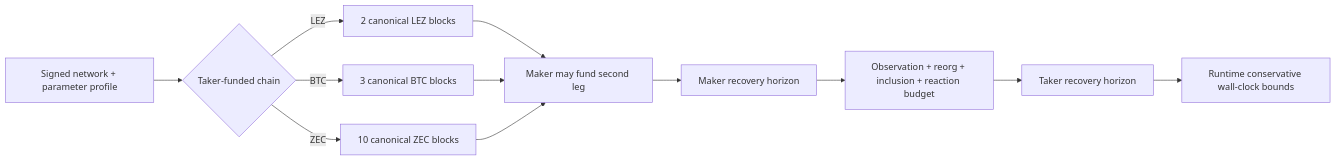
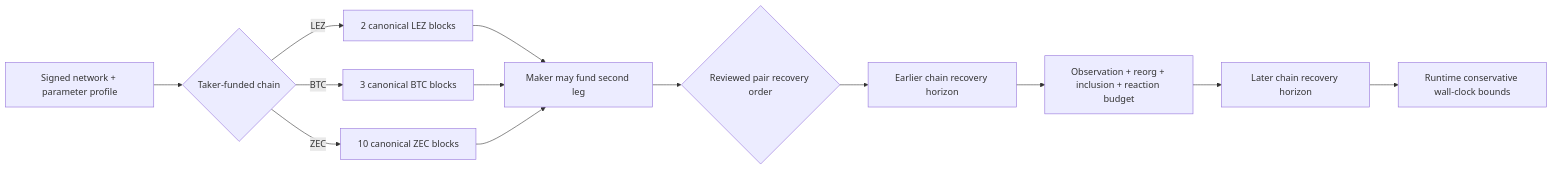
Before and after one commit to gateway-fm/lez-atomic-swaps: the diagram in docs/milestone-1/parameter-profiles.md, drawn with Mermaid. The commit also changed other lines of this file and 18 other files, not shown here.

````diff
--- a/docs/milestone-1/parameter-profiles.md
+++ b/docs/milestone-1/parameter-profiles.md
@@ -6,14 +6,15 @@
 ```mermaid
 flowchart LR
     Terms["Signed network + parameter profile"] --> First{"Taker-funded chain"}
     First -->|LEZ| L2["2 canonical LEZ blocks"]
     First -->|BTC| B3["3 canonical BTC blocks"]
     First -->|ZEC| Z10["10 canonical ZEC blocks"]
     L2 --> Maker["Maker may fund second leg"]
     B3 --> Maker
     Z10 --> Maker
-    Maker --> Short["Maker recovery horizon"]
-    Short --> Margin["Observation + reorg + inclusion + reaction budget"]
-    Margin --> Long["Taker recovery horizon"]
-    Long --> Runtime["Runtime conservative wall-clock bounds"]
+    Maker --> Order{"Reviewed pair recovery order"}
+    Order --> Early["Earlier chain recovery horizon"]
+    Early --> Margin["Observation + reorg + inclusion + reaction budget"]
+    Margin --> Late["Later chain recovery horizon"]
+    Late --> Runtime["Runtime conservative wall-clock bounds"]
 ```
````
